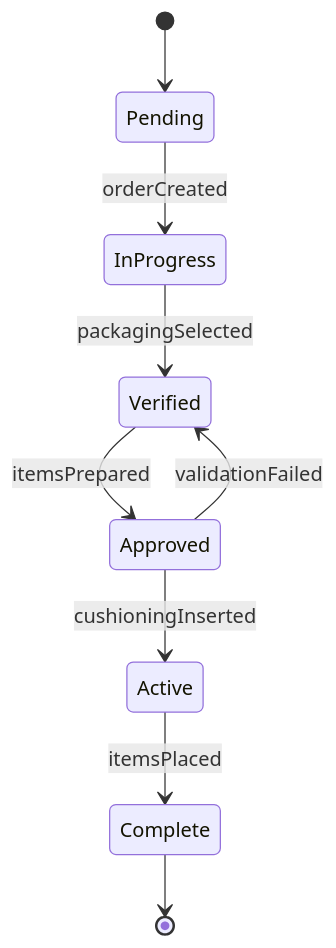
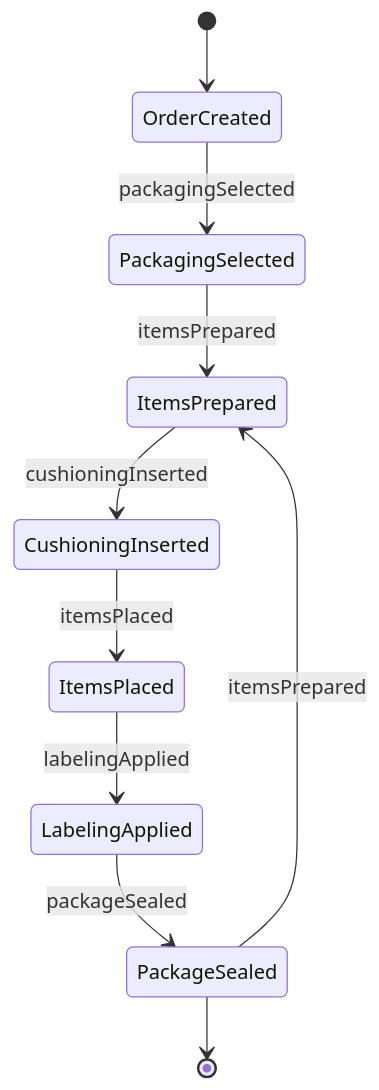
The second of 4 diagrams in HandlingAndMovingObjects/PackageObjects/PackageMaterialsProducts.mdx (dot-org-ai/tasks.org.ai), drawn with Mermaid before and after one commit. The commit also changed other lines of this file and 515 other files, not shown here.

````diff
--- a/HandlingAndMovingObjects/PackageObjects/PackageMaterialsProducts.mdx
+++ b/HandlingAndMovingObjects/PackageObjects/PackageMaterialsProducts.mdx
@@ -100,11 +100,12 @@
 ```mermaid
 stateDiagram-v2
-    [*] --> Pending
-    Pending --> InProgress : orderCreated
-    InProgress --> Verified : packagingSelected
-    Verified --> Approved : itemsPrepared
-    Approved --> Active : cushioningInserted
-    Active --> Complete : itemsPlaced
-    Approved --> Verified : validationFailed
-    Complete --> [*]
+    [*] --> OrderCreated
+    OrderCreated --> PackagingSelected : packagingSelected
+    PackagingSelected --> ItemsPrepared : itemsPrepared
+    ItemsPrepared --> CushioningInserted : cushioningInserted
+    CushioningInserted --> ItemsPlaced : itemsPlaced
+    ItemsPlaced --> LabelingApplied : labelingApplied
+    LabelingApplied --> PackageSealed : packageSealed
+    PackageSealed --> ItemsPrepared : itemsPrepared
+    PackageSealed --> [*]
 ```
````
